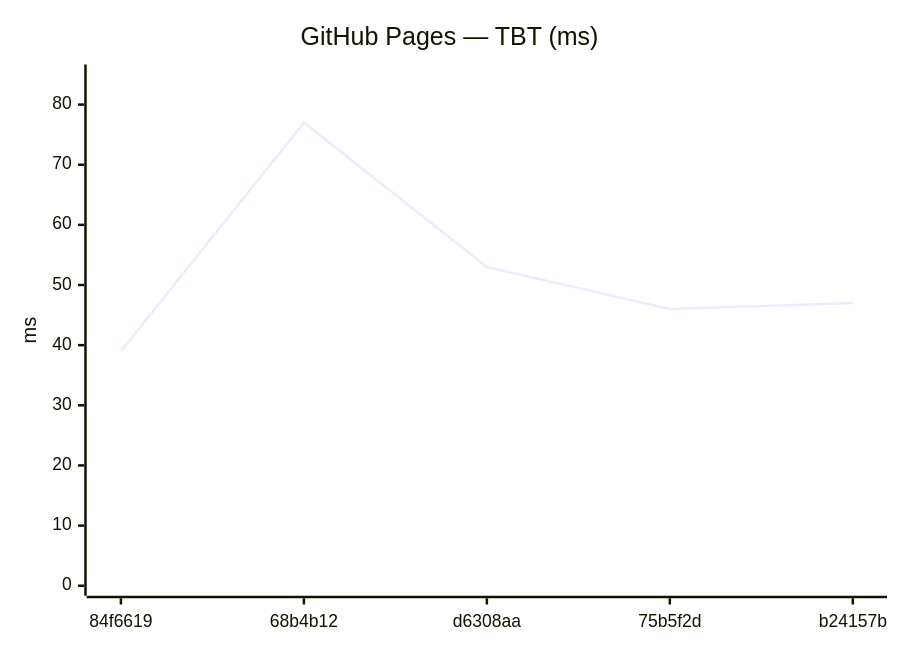
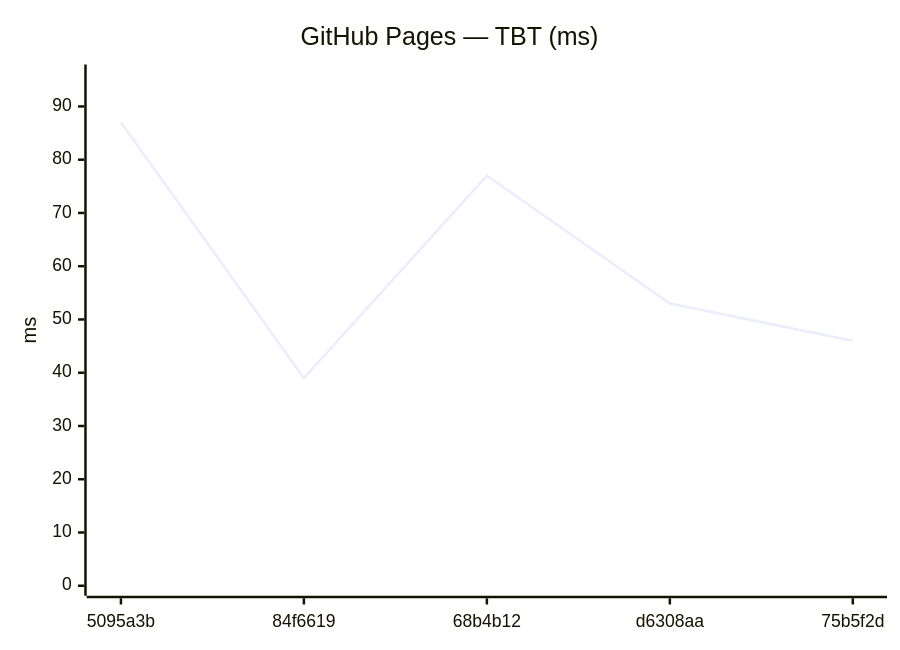
One commit to Metaheurist/Rianell changed the tenth of 18 diagrams in benchmarks/compare.md. Above: the diagram before and after it, drawn with Mermaid. The commit also changed other lines of this file and 11 other files, not shown here.

````diff
--- a/benchmarks/compare.md
+++ b/benchmarks/compare.md
@@ -149,7 +149,7 @@
 ```mermaid
 xychart-beta
     title "GitHub Pages — TBT (ms)"
-    x-axis ["84f6619", "68b4b12", "d6308aa", "75b5f2d", "b24157b"]
-    y-axis "ms" 0 --> 85
-    line [39, 77, 53, 46, 47]
+    x-axis ["5095a3b", "84f6619", "68b4b12", "d6308aa", "75b5f2d"]
+    y-axis "ms" 0 --> 96
+    line [87, 39, 77, 53, 46]
 ```
````
